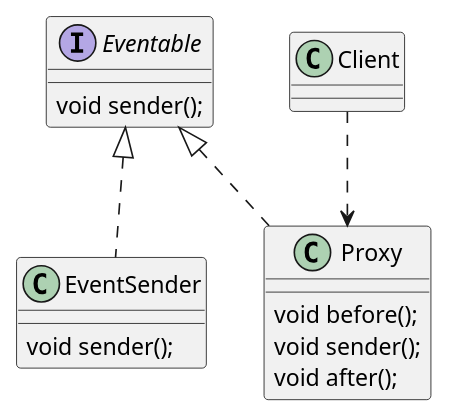
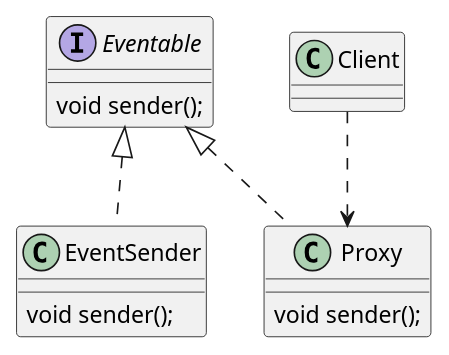
Before and after one commit to MagicalFool/design-pattern: the diagram in src/main/java/designpattern07_代理模式/代理模式类图.puml, drawn with PlantUML. The commit also changed 7 other files, not shown here.

```diff
--- a/src/main/java/designpattern07_代理模式/代理模式类图.puml
+++ b/src/main/java/designpattern07_代理模式/代理模式类图.puml
@@ -1,22 +1,20 @@
 @startuml
 
 interface Eventable{
     void sender();
 }
 
 class EventSender{
     void sender();
 }
 
 class Proxy{
-   void before();
    void sender();
-   void after();
 }
 
 Eventable <|.. EventSender
 Eventable <|.. Proxy
 
 Client ..> Proxy
 
 @enduml
```
